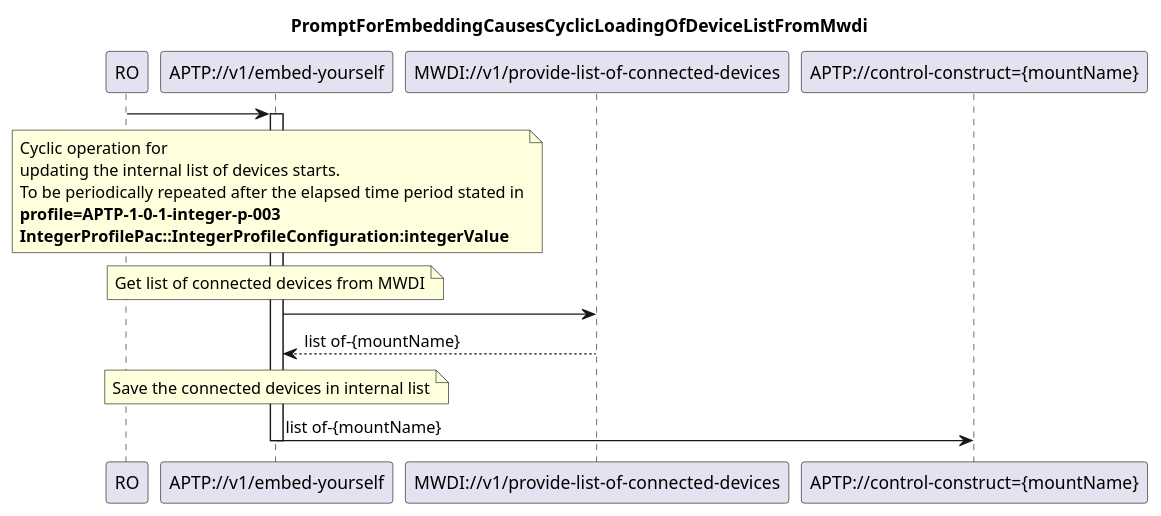
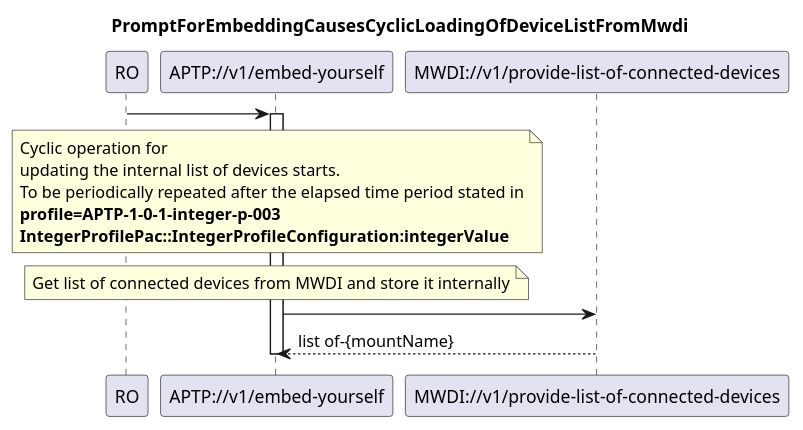
Before and after one commit to openBackhaul/AccessPlanningToolProxy: the diagram in spec/diagrams/EmbedYourself/00xCyclicLoadingOfDeviceListFromMwdi.plantuml, drawn with PlantUML. The commit also changed 2 other files, not shown here.

Commit message:
Correct diagrams for connected devices

```diff
--- a/spec/diagrams/EmbedYourself/00xCyclicLoadingOfDeviceListFromMwdi.plantuml
+++ b/spec/diagrams/EmbedYourself/00xCyclicLoadingOfDeviceListFromMwdi.plantuml
@@ -1,42 +1,36 @@
 @startuml 00x_CyclicLoadingOfDeviceListFromMwdi
 skinparam responseMessageBelowArrow true
 
 title
 PromptForEmbeddingCausesCyclicLoadingOfDeviceListFromMwdi
 end title
 
 participant "RO" as ro
 participant "APTP://v1/embed-yourself" as aptp
 participant "MWDI://v1/provide-list-of-connected-devices" as mwdi
-participant "APTP://control-construct={mountName}" as InternalList
+
 
 
 ro -> aptp
 activate aptp
 
 note over aptp
 Cyclic operation for 
 updating the internal list of devices starts.
 To be periodically repeated after the elapsed time period stated in
 <b>profile=APTP-1-0-1-integer-p-003</b>
 <b>IntegerProfilePac::IntegerProfileConfiguration:integerValue</b>
 end note
 
 note over aptp
-Get list of connected devices from MWDI
+Get list of connected devices from MWDI and store it internally
 end note
 
 aptp -> mwdi
 mwdi --> aptp: list of-{mountName}
 
-note over aptp
-Save the connected devices in internal list
-end note
-
-
-aptp -> InternalList: list of-{mountName}
 
 
 deactivate aptp
 
 @enduml
```
